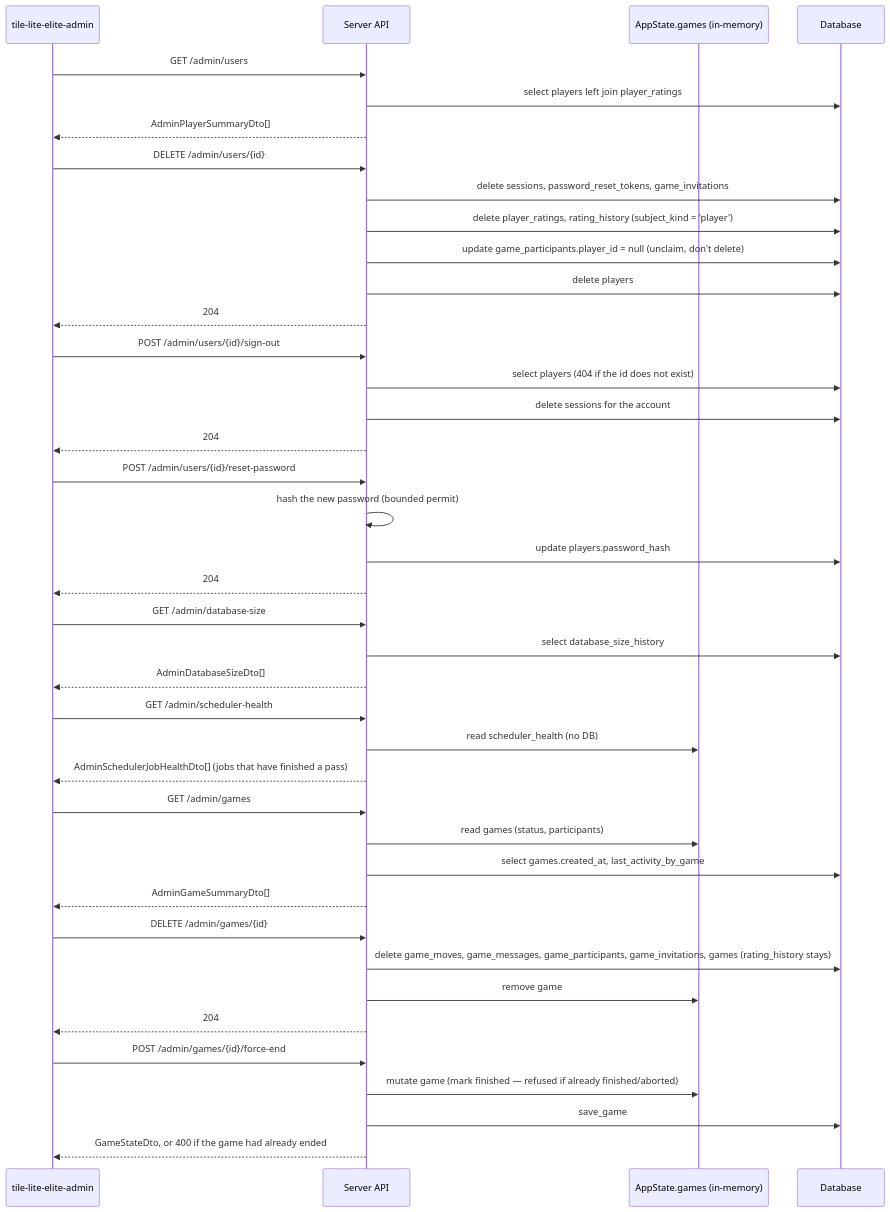
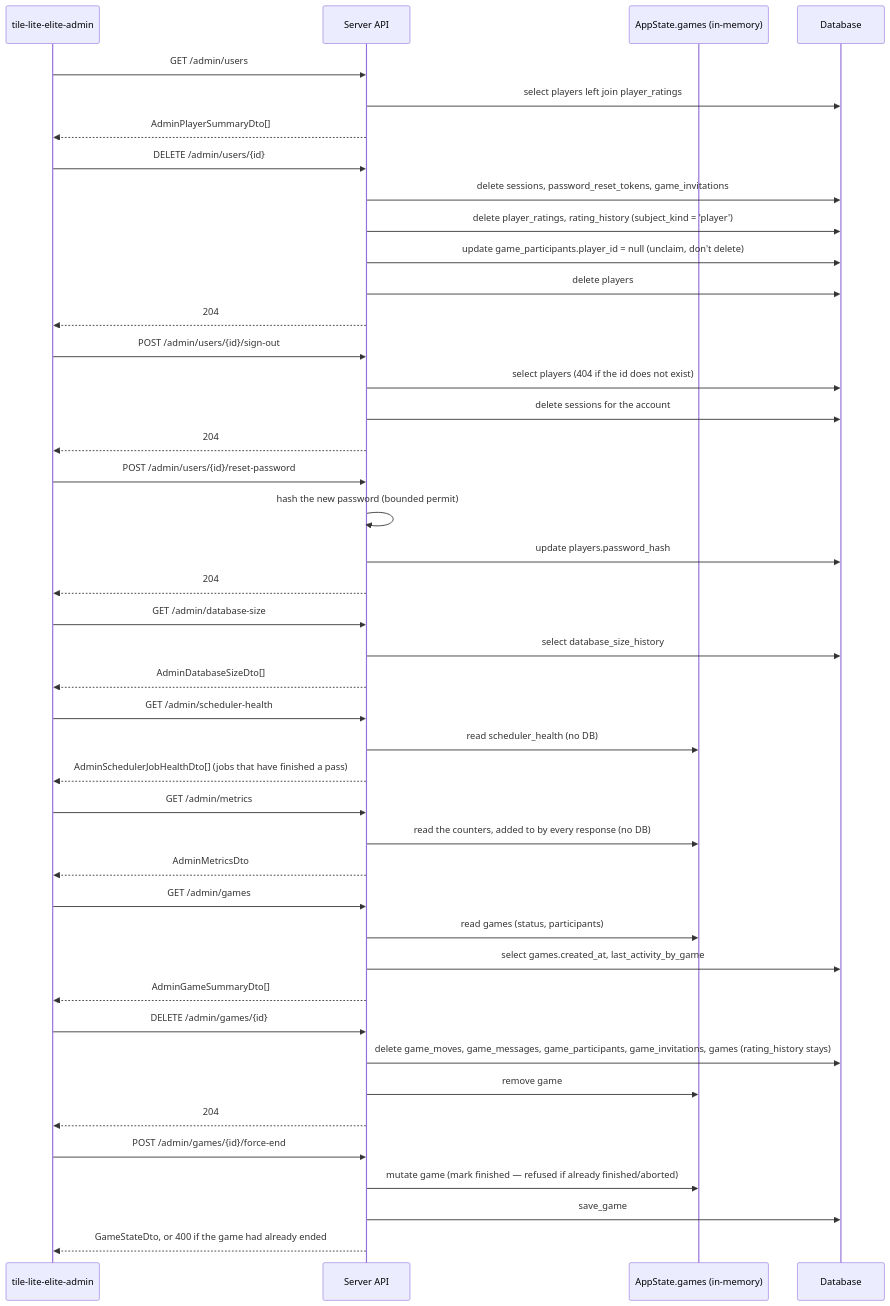
One commit to delphside/tile-lite-elite changed the ninth of 9 diagrams in docs/4.4.3-api-schema.md. Above: the diagram before and after it, drawn with Mermaid. The commit also changed other lines of this file and 19 other files, not shown here.

First line of the commit message:
app 0.10.3 api 2.18: symptom counters on a loopback /admin/metrics

````diff
--- a/docs/4.4.3-api-schema.md
+++ b/docs/4.4.3-api-schema.md
@@ -1281,51 +1298,55 @@
 ```mermaid
 sequenceDiagram
     participant CLI as tile-lite-elite-admin
     participant API as Server API
     participant Mem as AppState.games (in-memory)
     participant DB as Database
 
     CLI->>API: GET /admin/users
     API->>DB: select players left join player_ratings
     API-->>CLI: AdminPlayerSummaryDto[]
 
     CLI->>API: DELETE /admin/users/{id}
     API->>DB: delete sessions, password_reset_tokens, game_invitations
     API->>DB: delete player_ratings, rating_history (subject_kind = 'player')
     API->>DB: update game_participants.player_id = null (unclaim, don't delete)
     API->>DB: delete players
     API-->>CLI: 204
 
     CLI->>API: POST /admin/users/{id}/sign-out
     API->>DB: select players (404 if the id does not exist)
     API->>DB: delete sessions for the account
     API-->>CLI: 204
 
     CLI->>API: POST /admin/users/{id}/reset-password
     API->>API: hash the new password (bounded permit)
     API->>DB: update players.password_hash
     API-->>CLI: 204
 
     CLI->>API: GET /admin/database-size
     API->>DB: select database_size_history
     API-->>CLI: AdminDatabaseSizeDto[]
 
     CLI->>API: GET /admin/scheduler-health
     API->>Mem: read scheduler_health (no DB)
     API-->>CLI: AdminSchedulerJobHealthDto[] (jobs that have finished a pass)
 
+    CLI->>API: GET /admin/metrics
+    API->>Mem: read the counters, added to by every response (no DB)
+    API-->>CLI: AdminMetricsDto
+
     CLI->>API: GET /admin/games
     API->>Mem: read games (status, participants)
     API->>DB: select games.created_at, last_activity_by_game
     API-->>CLI: AdminGameSummaryDto[]
 
     CLI->>API: DELETE /admin/games/{id}
     API->>DB: delete game_moves, game_messages, game_participants, game_invitations, games (rating_history stays)
     API->>Mem: remove game
     API-->>CLI: 204
 
     CLI->>API: POST /admin/games/{id}/force-end
     API->>Mem: mutate game (mark finished — refused if already finished/aborted)
     API->>DB: save_game
     API-->>CLI: GameStateDto, or 400 if the game had already ended
 ```
````
